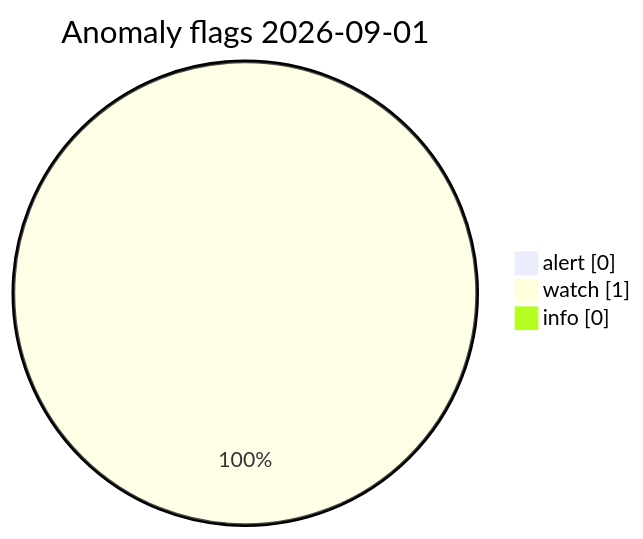
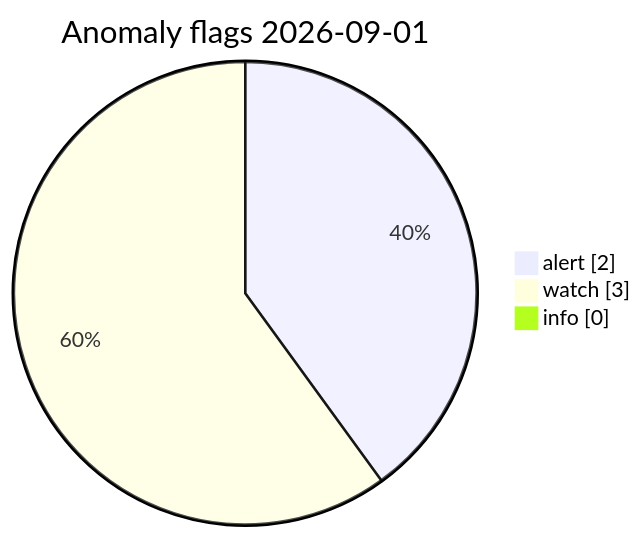
One commit to Midwest-Stratospheric/Unified-Open-Global-Weather changed the diagram in visuals/latest/CHARTS.md. Above: the diagram before and after it, drawn with Mermaid. The commit also changed other lines of this file and 13 other files, not shown here.

Commit message:
data(visuals): automated charts 2026-09-01T14:14Z

````diff
--- a/visuals/latest/CHARTS.md
+++ b/visuals/latest/CHARTS.md
@@ -73,7 +73,7 @@
 ```mermaid
 pie showData
   title Anomaly flags 2026-09-01
-  "alert" : 0
-  "watch" : 1
+  "alert" : 2
+  "watch" : 3
   "info" : 0
 ```
````
